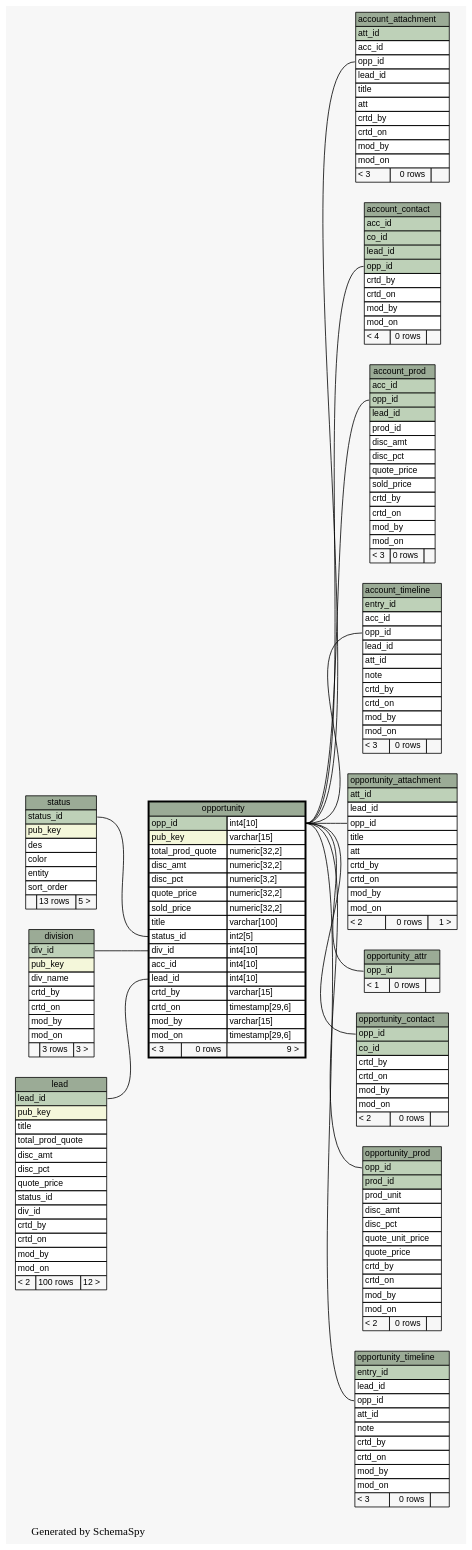
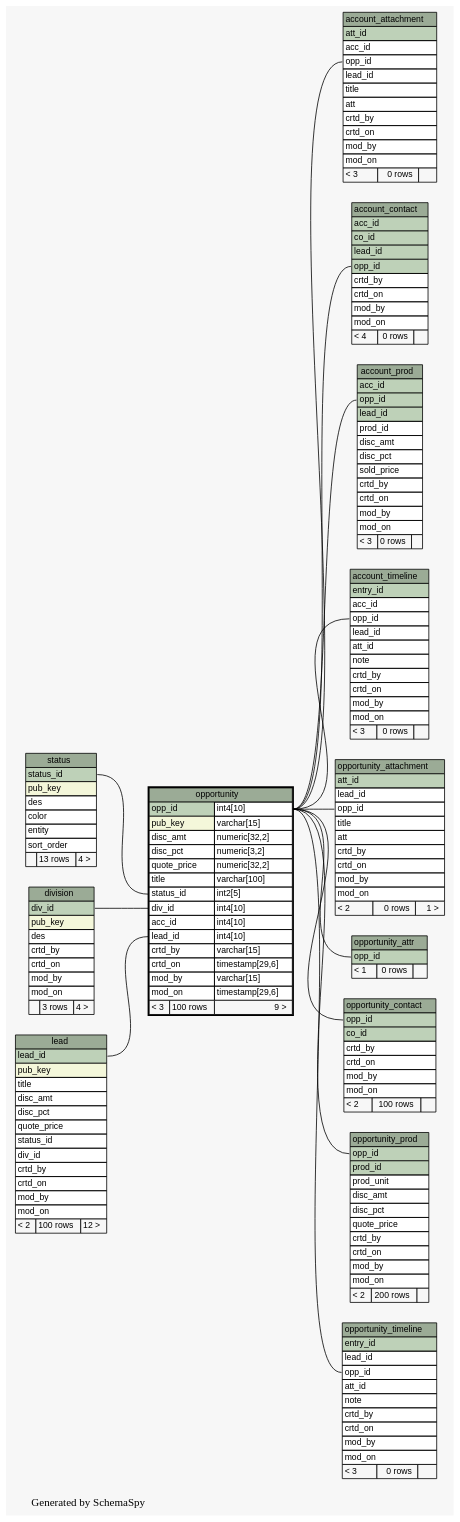
One commit to engineerscraft/salesforce changed the diagram in docs/database/schemaspy/graphs/opportunity.1degree.dot. Above: the diagram before and after it, drawn with Graphviz. The commit also changed 206 other files, not shown here.

```diff
--- a/docs/database/schemaspy/graphs/opportunity.1degree.dot
+++ b/docs/database/schemaspy/graphs/opportunity.1degree.dot
@@ -72,7 +72,6 @@
       <TR><TD PORT="prod_id" COLSPAN="3" ALIGN="LEFT">prod_id</TD></TR>
       <TR><TD PORT="disc_amt" COLSPAN="3" ALIGN="LEFT">disc_amt</TD></TR>
       <TR><TD PORT="disc_pct" COLSPAN="3" ALIGN="LEFT">disc_pct</TD></TR>
-      <TR><TD PORT="quote_price" COLSPAN="3" ALIGN="LEFT">quote_price</TD></TR>
       <TR><TD PORT="sold_price" COLSPAN="3" ALIGN="LEFT">sold_price</TD></TR>
       <TR><TD PORT="crtd_by" COLSPAN="3" ALIGN="LEFT">crtd_by</TD></TR>
       <TR><TD PORT="crtd_on" COLSPAN="3" ALIGN="LEFT">crtd_on</TD></TR>
@@ -108,12 +107,12 @@
       <TR><TD PORT="division.heading" COLSPAN="3" BGCOLOR="#9bab96" ALIGN="CENTER">division</TD></TR>
       <TR><TD PORT="div_id" COLSPAN="3" BGCOLOR="#bed1b8" ALIGN="LEFT">div_id</TD></TR>
       <TR><TD PORT="pub_key" COLSPAN="3" BGCOLOR="#f4f7da" ALIGN="LEFT">pub_key</TD></TR>
-      <TR><TD PORT="div_name" COLSPAN="3" ALIGN="LEFT">div_name</TD></TR>
+      <TR><TD PORT="des" COLSPAN="3" ALIGN="LEFT">des</TD></TR>
       <TR><TD PORT="crtd_by" COLSPAN="3" ALIGN="LEFT">crtd_by</TD></TR>
       <TR><TD PORT="crtd_on" COLSPAN="3" ALIGN="LEFT">crtd_on</TD></TR>
       <TR><TD PORT="mod_by" COLSPAN="3" ALIGN="LEFT">mod_by</TD></TR>
       <TR><TD PORT="mod_on" COLSPAN="3" ALIGN="LEFT">mod_on</TD></TR>
-      <TR><TD ALIGN="LEFT" BGCOLOR="#f7f7f7">  </TD><TD ALIGN="RIGHT" BGCOLOR="#f7f7f7">3 rows</TD><TD ALIGN="RIGHT" BGCOLOR="#f7f7f7">3 &gt;</TD></TR>
+      <TR><TD ALIGN="LEFT" BGCOLOR="#f7f7f7">  </TD><TD ALIGN="RIGHT" BGCOLOR="#f7f7f7">3 rows</TD><TD ALIGN="RIGHT" BGCOLOR="#f7f7f7">4 &gt;</TD></TR>
     </TABLE>>
     URL="division.html#graph"
     tooltip="division"
@@ -125,7 +124,6 @@
       <TR><TD PORT="lead_id" COLSPAN="3" BGCOLOR="#bed1b8" ALIGN="LEFT">lead_id</TD></TR>
       <TR><TD PORT="pub_key" COLSPAN="3" BGCOLOR="#f4f7da" ALIGN="LEFT">pub_key</TD></TR>
       <TR><TD PORT="title" COLSPAN="3" ALIGN="LEFT">title</TD></TR>
-      <TR><TD PORT="total_prod_quote" COLSPAN="3" ALIGN="LEFT">total_prod_quote</TD></TR>
       <TR><TD PORT="disc_amt" COLSPAN="3" ALIGN="LEFT">disc_amt</TD></TR>
       <TR><TD PORT="disc_pct" COLSPAN="3" ALIGN="LEFT">disc_pct</TD></TR>
       <TR><TD PORT="quote_price" COLSPAN="3" ALIGN="LEFT">quote_price</TD></TR>
@@ -146,11 +144,9 @@
       <TR><TD PORT="opportunity.heading" COLSPAN="3" BGCOLOR="#9bab96" ALIGN="CENTER">opportunity</TD></TR>
       <TR><TD PORT="opp_id" COLSPAN="2" BGCOLOR="#bed1b8" ALIGN="LEFT">opp_id</TD><TD PORT="opp_id.type" ALIGN="LEFT">int4[10]</TD></TR>
       <TR><TD PORT="pub_key" COLSPAN="2" BGCOLOR="#f4f7da" ALIGN="LEFT">pub_key</TD><TD PORT="pub_key.type" ALIGN="LEFT">varchar[15]</TD></TR>
-      <TR><TD PORT="total_prod_quote" COLSPAN="2" ALIGN="LEFT">total_prod_quote</TD><TD PORT="total_prod_quote.type" ALIGN="LEFT">numeric[32,2]</TD></TR>
       <TR><TD PORT="disc_amt" COLSPAN="2" ALIGN="LEFT">disc_amt</TD><TD PORT="disc_amt.type" ALIGN="LEFT">numeric[32,2]</TD></TR>
       <TR><TD PORT="disc_pct" COLSPAN="2" ALIGN="LEFT">disc_pct</TD><TD PORT="disc_pct.type" ALIGN="LEFT">numeric[3,2]</TD></TR>
       <TR><TD PORT="quote_price" COLSPAN="2" ALIGN="LEFT">quote_price</TD><TD PORT="quote_price.type" ALIGN="LEFT">numeric[32,2]</TD></TR>
-      <TR><TD PORT="sold_price" COLSPAN="2" ALIGN="LEFT">sold_price</TD><TD PORT="sold_price.type" ALIGN="LEFT">numeric[32,2]</TD></TR>
       <TR><TD PORT="title" COLSPAN="2" ALIGN="LEFT">title</TD><TD PORT="title.type" ALIGN="LEFT">varchar[100]</TD></TR>
       <TR><TD PORT="status_id" COLSPAN="2" ALIGN="LEFT">status_id</TD><TD PORT="status_id.type" ALIGN="LEFT">int2[5]</TD></TR>
       <TR><TD PORT="div_id" COLSPAN="2" ALIGN="LEFT">div_id</TD><TD PORT="div_id.type" ALIGN="LEFT">int4[10]</TD></TR>
@@ -160,7 +156,7 @@
       <TR><TD PORT="crtd_on" COLSPAN="2" ALIGN="LEFT">crtd_on</TD><TD PORT="crtd_on.type" ALIGN="LEFT">timestamp[29,6]</TD></TR>
       <TR><TD PORT="mod_by" COLSPAN="2" ALIGN="LEFT">mod_by</TD><TD PORT="mod_by.type" ALIGN="LEFT">varchar[15]</TD></TR>
       <TR><TD PORT="mod_on" COLSPAN="2" ALIGN="LEFT">mod_on</TD><TD PORT="mod_on.type" ALIGN="LEFT">timestamp[29,6]</TD></TR>
-      <TR><TD ALIGN="LEFT" BGCOLOR="#f7f7f7">&lt; 3</TD><TD ALIGN="RIGHT" BGCOLOR="#f7f7f7">0 rows</TD><TD ALIGN="RIGHT" BGCOLOR="#f7f7f7">9 &gt;</TD></TR>
+      <TR><TD ALIGN="LEFT" BGCOLOR="#f7f7f7">&lt; 3</TD><TD ALIGN="RIGHT" BGCOLOR="#f7f7f7">100 rows</TD><TD ALIGN="RIGHT" BGCOLOR="#f7f7f7">9 &gt;</TD></TR>
     </TABLE>>
     URL="opportunity.html#"
     tooltip="opportunity"
@@ -203,7 +199,7 @@
       <TR><TD PORT="crtd_on" COLSPAN="3" ALIGN="LEFT">crtd_on</TD></TR>
       <TR><TD PORT="mod_by" COLSPAN="3" ALIGN="LEFT">mod_by</TD></TR>
       <TR><TD PORT="mod_on" COLSPAN="3" ALIGN="LEFT">mod_on</TD></TR>
-      <TR><TD ALIGN="LEFT" BGCOLOR="#f7f7f7">&lt; 2</TD><TD ALIGN="RIGHT" BGCOLOR="#f7f7f7">0 rows</TD><TD ALIGN="RIGHT" BGCOLOR="#f7f7f7">  </TD></TR>
+      <TR><TD ALIGN="LEFT" BGCOLOR="#f7f7f7">&lt; 2</TD><TD ALIGN="RIGHT" BGCOLOR="#f7f7f7">100 rows</TD><TD ALIGN="RIGHT" BGCOLOR="#f7f7f7">  </TD></TR>
     </TABLE>>
     URL="opportunity_contact.html#graph"
     tooltip="opportunity_contact"
@@ -217,13 +213,12 @@
       <TR><TD PORT="prod_unit" COLSPAN="3" ALIGN="LEFT">prod_unit</TD></TR>
       <TR><TD PORT="disc_amt" COLSPAN="3" ALIGN="LEFT">disc_amt</TD></TR>
       <TR><TD PORT="disc_pct" COLSPAN="3" ALIGN="LEFT">disc_pct</TD></TR>
-      <TR><TD PORT="quote_unit_price" COLSPAN="3" ALIGN="LEFT">quote_unit_price</TD></TR>
       <TR><TD PORT="quote_price" COLSPAN="3" ALIGN="LEFT">quote_price</TD></TR>
       <TR><TD PORT="crtd_by" COLSPAN="3" ALIGN="LEFT">crtd_by</TD></TR>
       <TR><TD PORT="crtd_on" COLSPAN="3" ALIGN="LEFT">crtd_on</TD></TR>
       <TR><TD PORT="mod_by" COLSPAN="3" ALIGN="LEFT">mod_by</TD></TR>
       <TR><TD PORT="mod_on" COLSPAN="3" ALIGN="LEFT">mod_on</TD></TR>
-      <TR><TD ALIGN="LEFT" BGCOLOR="#f7f7f7">&lt; 2</TD><TD ALIGN="RIGHT" BGCOLOR="#f7f7f7">0 rows</TD><TD ALIGN="RIGHT" BGCOLOR="#f7f7f7">  </TD></TR>
+      <TR><TD ALIGN="LEFT" BGCOLOR="#f7f7f7">&lt; 2</TD><TD ALIGN="RIGHT" BGCOLOR="#f7f7f7">200 rows</TD><TD ALIGN="RIGHT" BGCOLOR="#f7f7f7">  </TD></TR>
     </TABLE>>
     URL="opportunity_prod.html#graph"
     tooltip="opportunity_prod"
@@ -256,7 +251,7 @@
       <TR><TD PORT="color" COLSPAN="3" ALIGN="LEFT">color</TD></TR>
       <TR><TD PORT="entity" COLSPAN="3" ALIGN="LEFT">entity</TD></TR>
       <TR><TD PORT="sort_order" COLSPAN="3" ALIGN="LEFT">sort_order</TD></TR>
-      <TR><TD ALIGN="LEFT" BGCOLOR="#f7f7f7">  </TD><TD ALIGN="RIGHT" BGCOLOR="#f7f7f7">13 rows</TD><TD ALIGN="RIGHT" BGCOLOR="#f7f7f7">5 &gt;</TD></TR>
+      <TR><TD ALIGN="LEFT" BGCOLOR="#f7f7f7">  </TD><TD ALIGN="RIGHT" BGCOLOR="#f7f7f7">13 rows</TD><TD ALIGN="RIGHT" BGCOLOR="#f7f7f7">4 &gt;</TD></TR>
     </TABLE>>
     URL="status.html#graph"
     tooltip="status"
```
